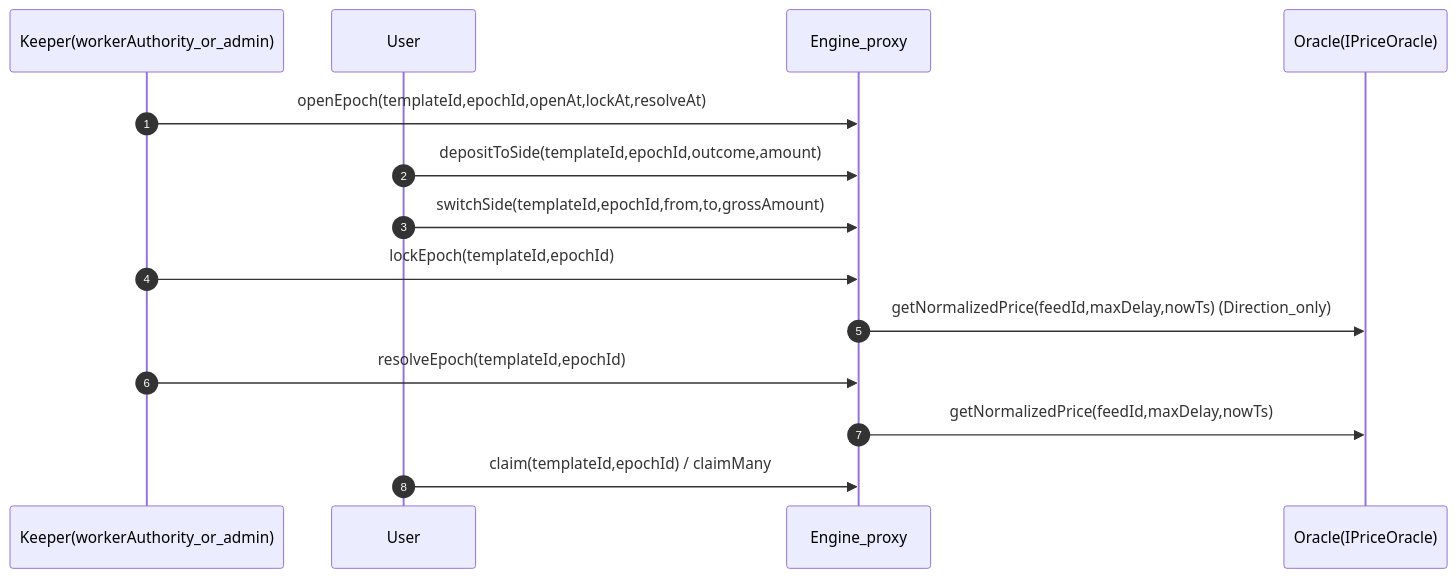
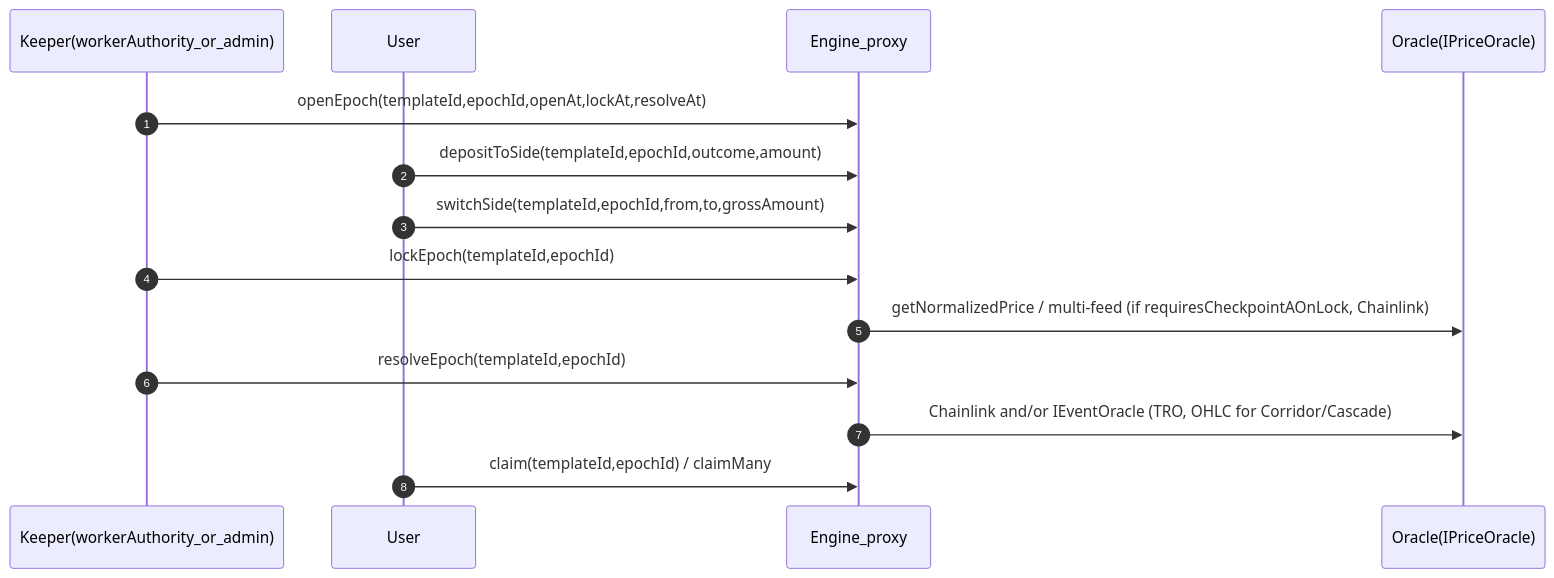
The second of 4 diagrams in .docs/currentSmartContract.md (RetroPick/smart-contract), drawn with Mermaid before and after one commit. The commit also changed other lines of this file and 4874 other files, not shown here.

````diff
--- a/.docs/currentSmartContract.md
+++ b/.docs/currentSmartContract.md
@@ -380,17 +546,17 @@
 ```mermaid
 sequenceDiagram
   autonumber
   participant K as Keeper(workerAuthority_or_admin)
   participant U as User
   participant E as Engine_proxy
   participant O as Oracle(IPriceOracle)
 
   K->>E: openEpoch(templateId,epochId,openAt,lockAt,resolveAt)
   U->>E: depositToSide(templateId,epochId,outcome,amount)
   U->>E: switchSide(templateId,epochId,from,to,grossAmount)
   K->>E: lockEpoch(templateId,epochId)
-  E->>O: getNormalizedPrice(feedId,maxDelay,nowTs) (Direction_only)
+  E->>O: getNormalizedPrice / multi-feed (if requiresCheckpointAOnLock, Chainlink)
   K->>E: resolveEpoch(templateId,epochId)
-  E->>O: getNormalizedPrice(feedId,maxDelay,nowTs)
+  E->>O: Chainlink and/or IEventOracle (TRO, OHLC for Corridor/Cascade)
   U->>E: claim(templateId,epochId) / claimMany
 ```
````
